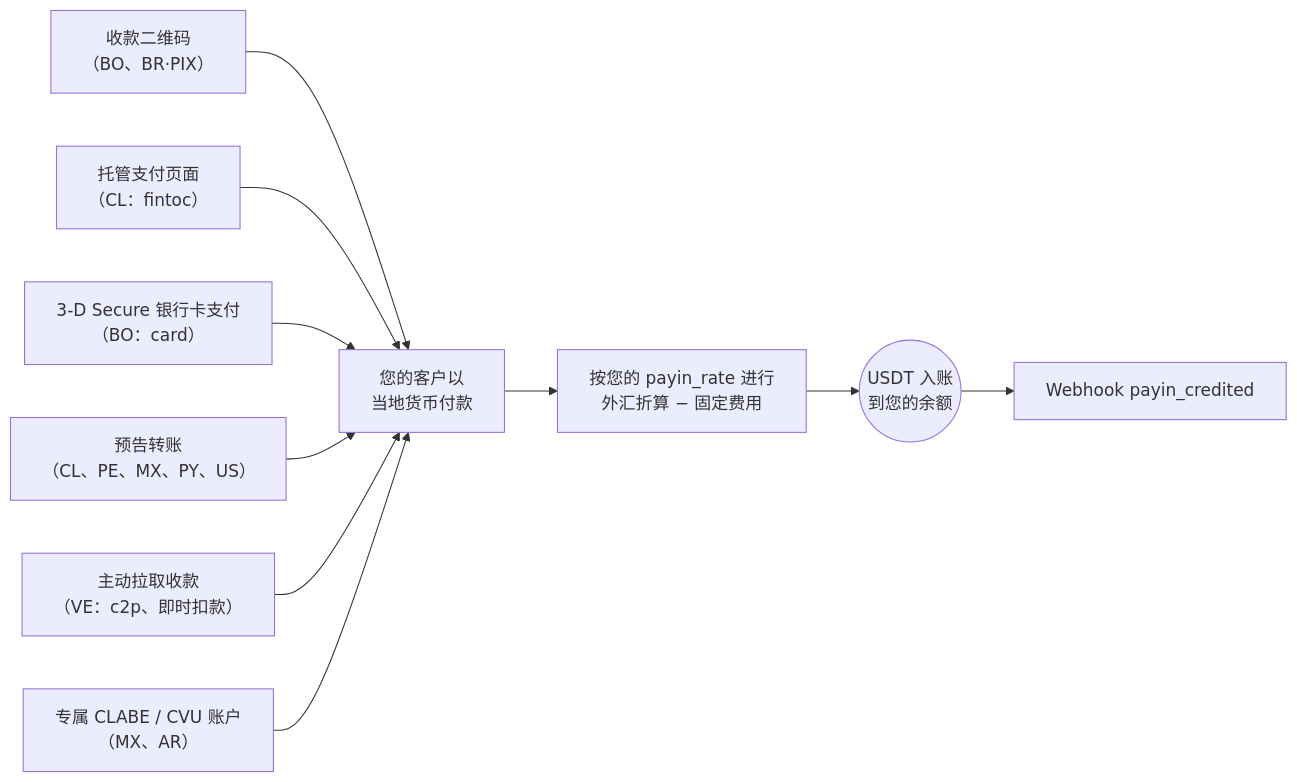
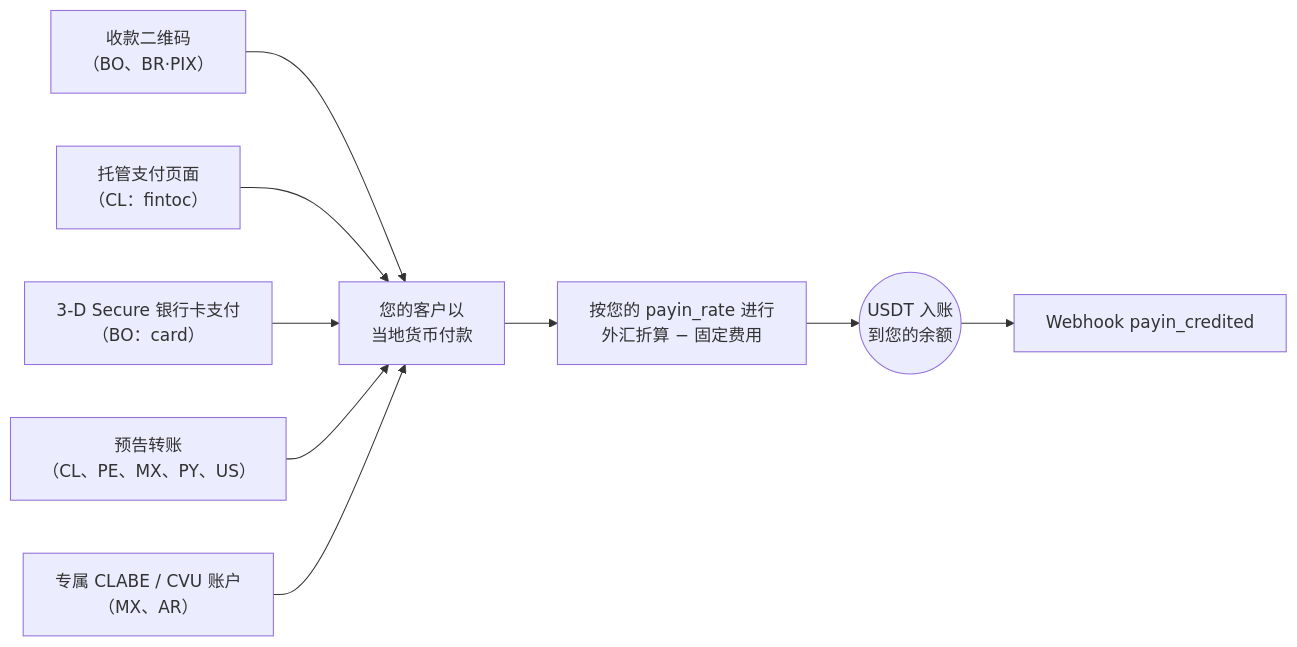
The diagram in mcp-pack/guides/zh/guides/payins.md (SaturoS17/docs), drawn with Mermaid before and after one commit. The commit also changed other lines of this file and 50 other files, not shown here.

````diff
--- a/mcp-pack/guides/zh/guides/payins.md
+++ b/mcp-pack/guides/zh/guides/payins.md
@@ -16,12 +16,11 @@
 ```mermaid
 flowchart LR
     qr["收款二维码<br/>（BO、BR·PIX）"] --> pay["您的客户以<br/>当地货币付款"]
     hosted["托管支付页面<br/>（CL：fintoc）"] --> pay
     card["3-D Secure 银行卡支付<br/>（BO：card）"] --> pay
     announced["预告转账<br/>（CL、PE、MX、PY、US）"] --> pay
-    pull["主动拉取收款<br/>（VE：c2p、即时扣款）"] --> pay
     clabe["专属 CLABE / CVU 账户<br/>（MX、AR）"] --> pay
     pay --> conv["按您的 payin_rate 进行<br/>外汇折算 − 固定费用"]
     conv --> credit(("USDT 入账<br/>到您的余额"))
     credit --> wh["Webhook payin_credited"]
 ```
````
